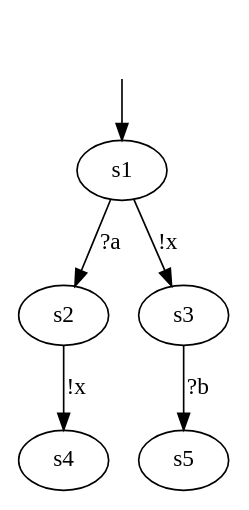
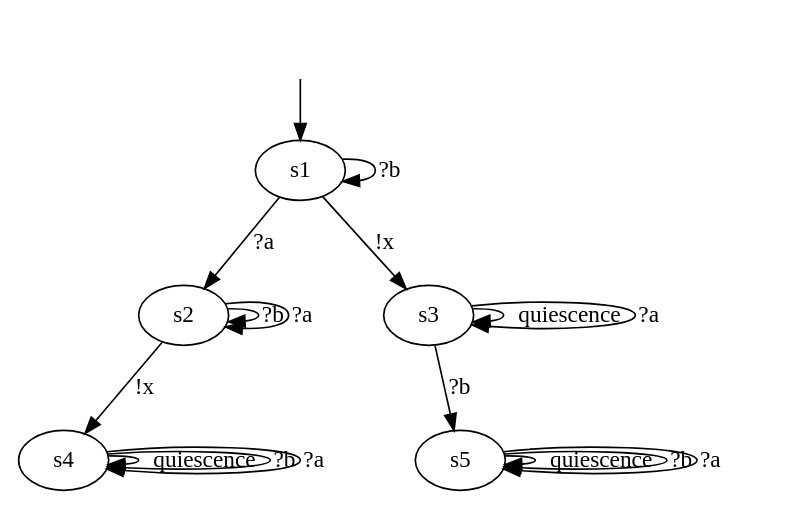
The diagram in DotModels/Iolts/ioco/08_ioco_P.dot (haubitzer/AALpy), drawn with Graphviz before and after one commit. The commit also changed 28 other files, not shown here.

```diff
--- a/DotModels/Iolts/ioco/08_ioco_P.dot
+++ b/DotModels/Iolts/ioco/08_ioco_P.dot
@@ -1,17 +1,24 @@
-digraph {
+digraph "../../DotModels/Iolts/ioco/08_ioco_P" {
 s1 [label=s1];
 s2 [label=s2];
 s3 [label=s3];
 s4 [label=s4];
 s5 [label=s5];
-
-
 s1 -> s2  [label="?a"];
 s1 -> s3  [label="!x"];
+s1 -> s1  [label="?b"];
 s2 -> s4  [label="!x"];
+s2 -> s2  [label="?b"];
+s2 -> s2  [label="?a"];
+s3 -> s3  [label=quiescence];
 s3 -> s5  [label="?b"];
-
-
+s3 -> s3  [label="?a"];
+s4 -> s4  [label=quiescence];
+s4 -> s4  [label="?b"];
+s4 -> s4  [label="?a"];
+s5 -> s5  [label=quiescence];
+s5 -> s5  [label="?b"];
+s5 -> s5  [label="?a"];
 __start0 [label="", shape=none];
 __start0 -> s1  [label=""];
 }
```
